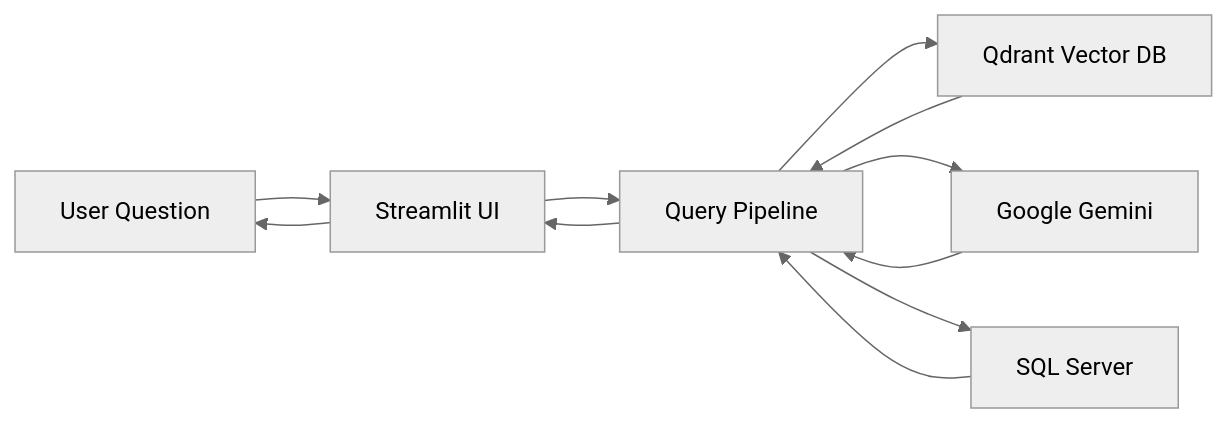
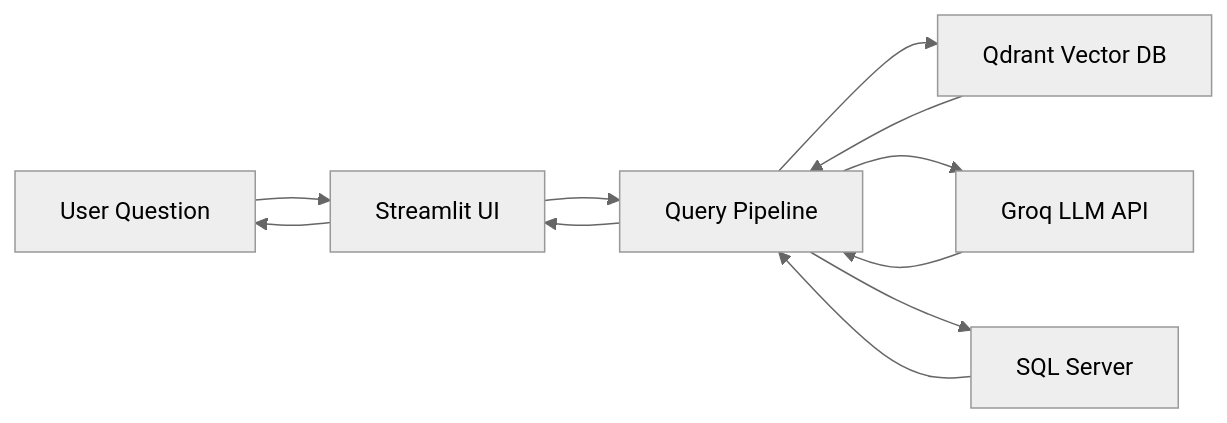
One commit to nakul-cloud/ai-sql-assistant changed the first of 5 diagrams in README.md. Above: the diagram before and after it, drawn with Mermaid (neutral theme). The commit also changed other lines of this file and 4 other files, not shown here.

````diff
--- a/README.md
+++ b/README.md
@@ -53,13 +53,13 @@
 ```mermaid
 graph LR
     USER["User Question"] --> STREAMLIT["Streamlit UI"]
     STREAMLIT --> PIPELINE["Query Pipeline"]
     PIPELINE --> QDRANT["Qdrant Vector DB"]
-    PIPELINE --> GEMINI["Google Gemini"]
+    PIPELINE --> GROQ["Groq LLM API"]
     PIPELINE --> SQLDB["SQL Server"]
     SQLDB --> PIPELINE
-    GEMINI --> PIPELINE
+    GROQ --> PIPELINE
     QDRANT --> PIPELINE
     PIPELINE --> STREAMLIT
     STREAMLIT --> USER
 ```
````
